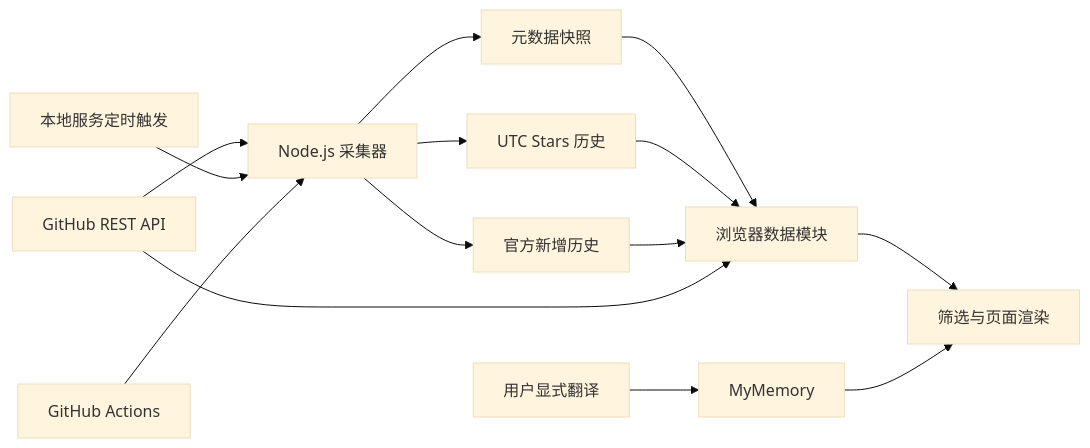
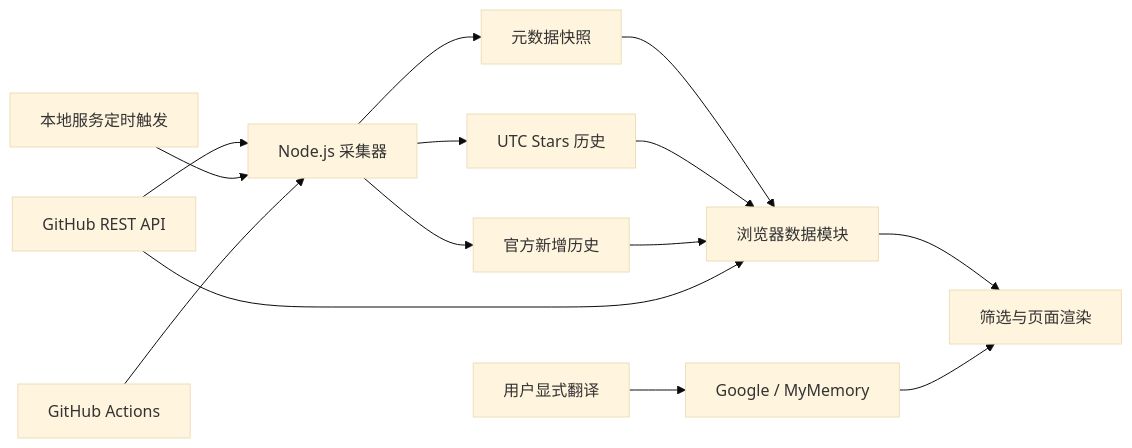
One commit to Ligx1987/GitHubDashBoard changed the diagram in docs/design.md. Above: the diagram before and after it, drawn with Mermaid (base theme). The commit also changed other lines of this file and 21 other files, not shown here.

````diff
--- a/docs/design.md
+++ b/docs/design.md
@@ -56,16 +56,16 @@
 ```mermaid
 flowchart LR
     GH[GitHub REST API] --> COL[Node.js 采集器]
     LOCAL[本地服务定时触发] --> COL
     ACTIONS[GitHub Actions] --> COL
     COL --> SNAP[元数据快照]
     COL --> NET[UTC Stars 历史]
     COL --> ADD[官方新增历史]
     SNAP --> DATA[浏览器数据模块]
     NET --> DATA
     ADD --> DATA
     GH --> DATA
     DATA --> APP[筛选与页面渲染]
-    USER[用户显式翻译] --> TRANS[MyMemory]
+    USER[用户显式翻译] --> TRANS[Google / MyMemory]
     TRANS --> APP
 ```
````
